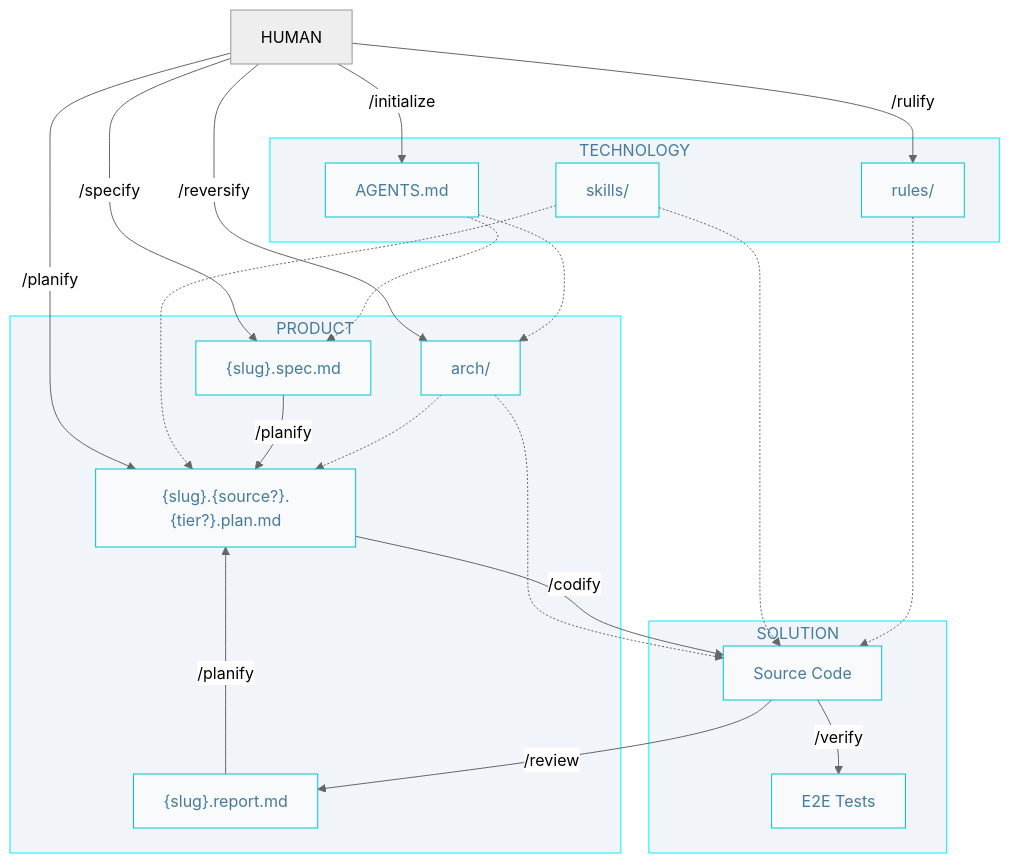
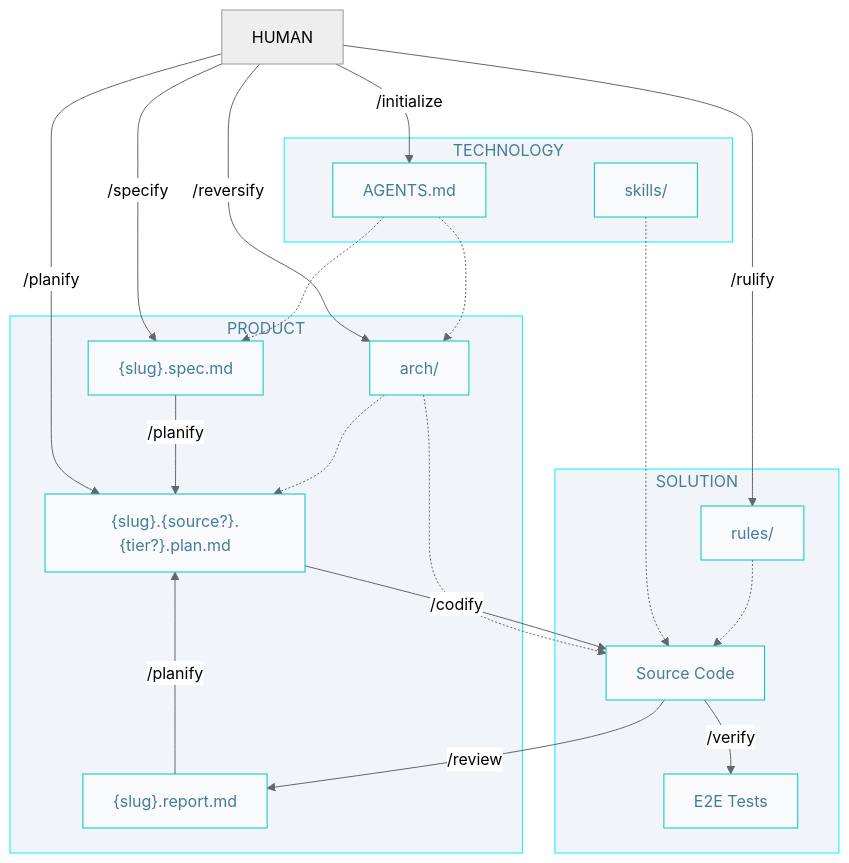
The diagram in docs/AIDD.workflow.md (AIDDbot/AIDDbot), drawn with Mermaid (neutral theme) before and after one commit. The commit also changed other lines of this file, not shown here.

````diff
--- a/docs/AIDD.workflow.md
+++ b/docs/AIDD.workflow.md
@@ -3,44 +3,43 @@
 ```mermaid
 flowchart TD
   classDef nd fill:#f8fafc,stroke:#00c4cc,color:#457b9d
   classDef sg fill:#f1f5f9,stroke:#00f2ff,color:#457b9d 
 
   HUM[HUMAN]
 
   subgraph P["PRODUCT"]
       SPC["{slug}.spec.md"]:::nd
       PLN["{slug}.{source?}.{tier?}.plan.md"]:::nd
       RPT["{slug}.report.md"]:::nd
       ARCH["arch/"]:::nd
   end
 
   subgraph T["TECHNOLOGY"]
       AGT["AGENTS.md"]:::nd
       SKL["skills/"]:::nd
-      RUL["rules/"]:::nd
   end  
 
   subgraph S["SOLUTION"]
       COD[Source Code]:::nd
+      RUL["rules/"]:::nd
       E2E["E2E Tests"]:::nd
   end
 
   HUM -->|/initialize| AGT
   HUM -->|/reversify| ARCH
   HUM -->|/rulify| RUL
   HUM -->|/specify| SPC
   HUM -->|/planify| PLN
   RPT -->|/planify| PLN
   AGT -.-> SPC  
   AGT -.-> ARCH
   SKL & RUL -.-> COD  
-  SKL -.-> PLN
   SPC -->|/planify| PLN
   ARCH -.-> PLN
   ARCH -.-> COD
   PLN -->|/codify| COD
   COD -->|/verify| E2E
   COD -->|/review| RPT
 
   class P,T,S sg
 ```
````
